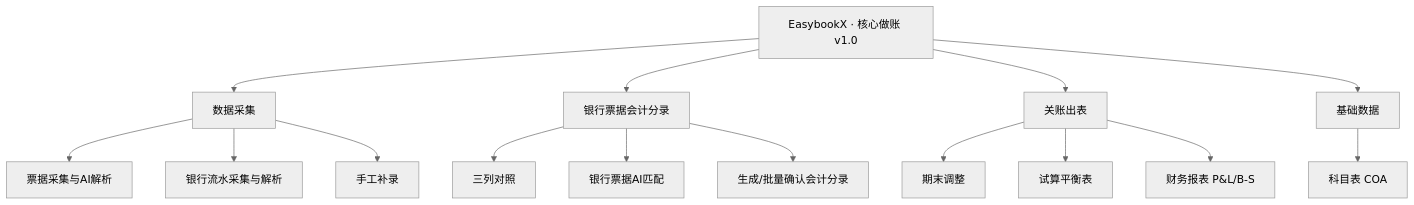
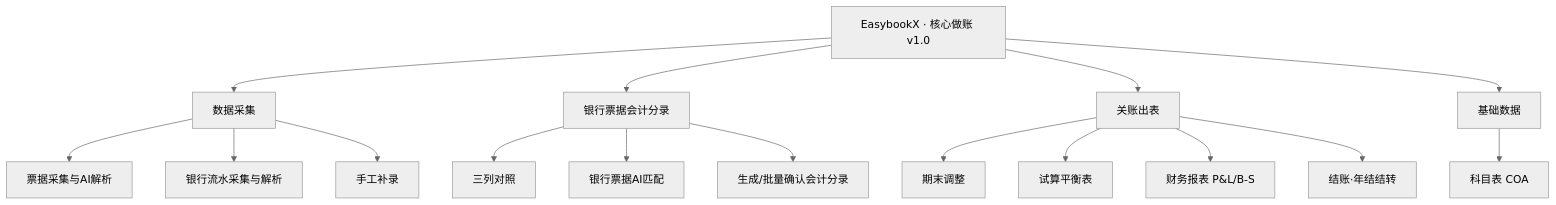
The first of 5 diagrams in docs/EasybookX_产品需求文档_PRD_v1.0.md (xiahan3/leapex), drawn with Mermaid (neutral theme) before and after one commit. The commit also changed other lines of this file and 2 other files, not shown here.

````diff
--- a/docs/EasybookX_产品需求文档_PRD_v1.0.md
+++ b/docs/EasybookX_产品需求文档_PRD_v1.0.md
@@ -63,22 +65,23 @@
 ```mermaid
 graph TD
   EBX[EasybookX · 核心做账 v1.0]
   EBX --> COL[数据采集]
   EBX --> REC[银行票据会计分录]
   EBX --> CLOSE[关账出表]
   EBX --> BASE[基础数据]
 
   COL --> C1[票据采集与AI解析]
   COL --> C2[银行流水采集与解析]
   COL --> C3[手工补录]
 
   REC --> R1[三列对照]
   REC --> R2[银行票据AI匹配]
   REC --> R3[生成/批量确认会计分录]
 
   CLOSE --> K1[期末调整]
   CLOSE --> K2[试算平衡表]
   CLOSE --> K3[财务报表 P&L/B-S]
+  CLOSE --> K4[结账·年结结转]
 
   BASE --> B1[科目表 COA]
 ```
````
